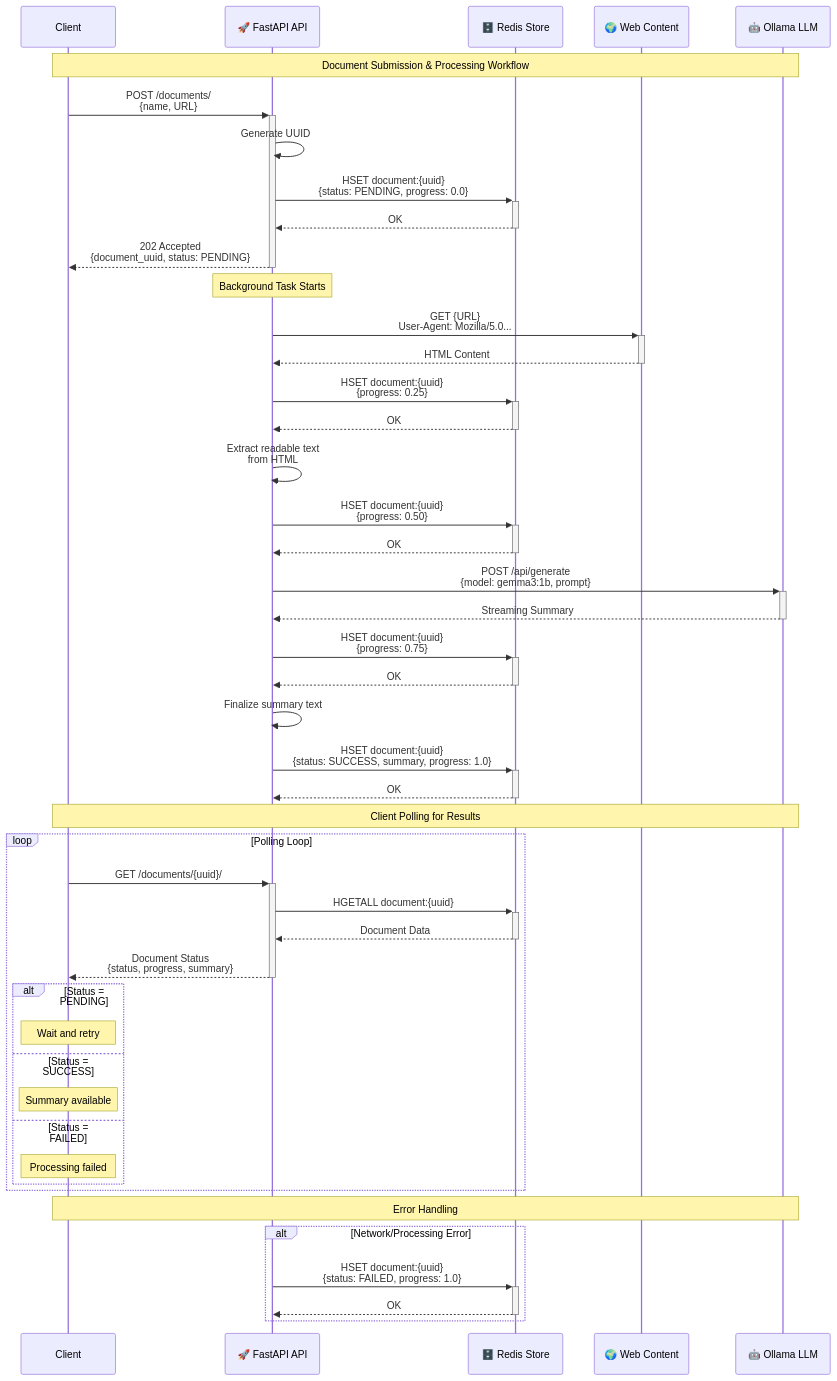
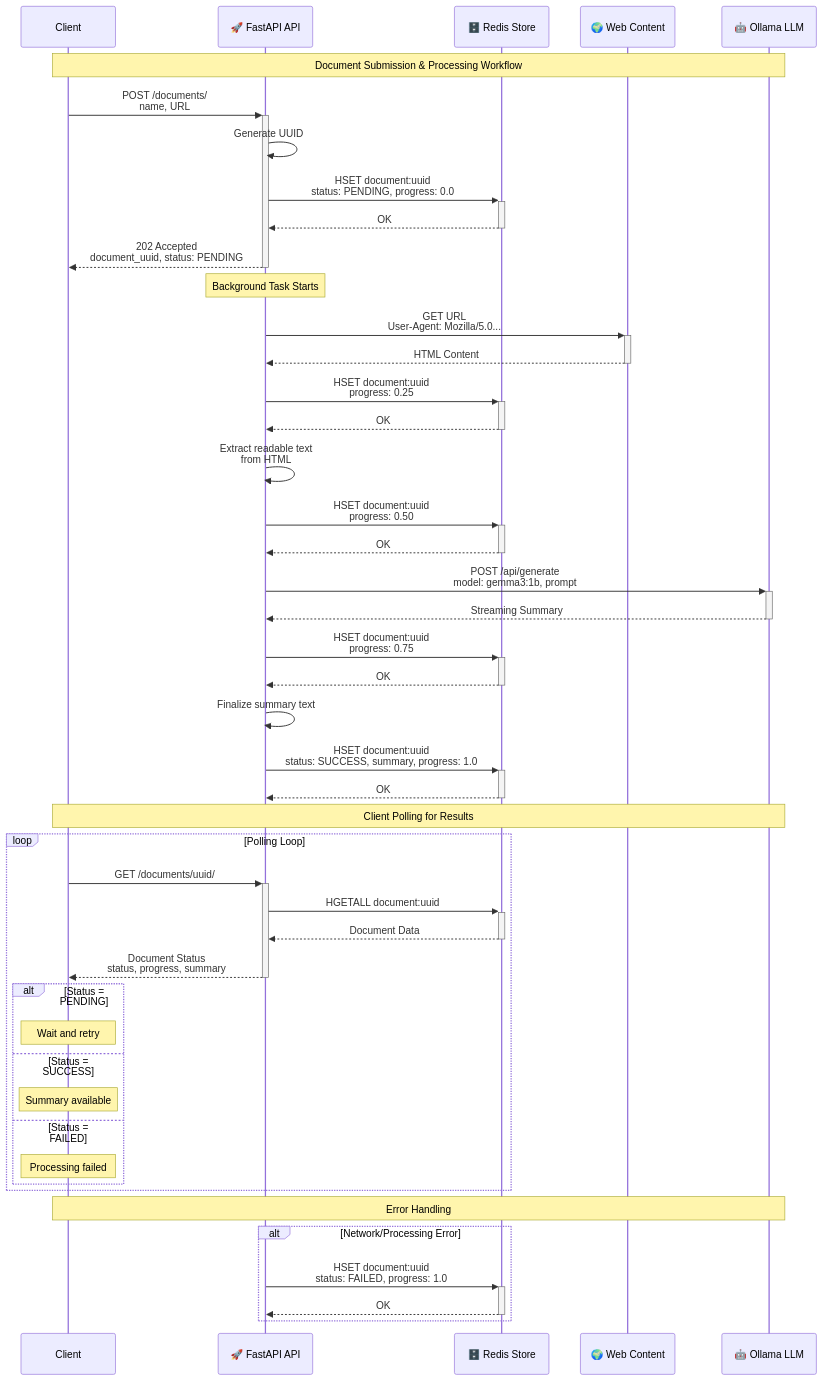
Before and after one commit to surakshaaithal-code/llm-summariser-service: the third of 3 diagrams in README.md, drawn with Mermaid. The commit also changed other lines of this file, not shown here.

Commit message:
Fix syntax issue in mermaid

````diff
--- a/README.md
+++ b/README.md
@@ -217,63 +217,63 @@
 ```mermaid
 sequenceDiagram
     participant Client
     participant FastAPI as 🚀 FastAPI API
     participant Redis as 🗄️ Redis Store
     participant WebContent as 🌍 Web Content
     participant Ollama as 🤖 Ollama LLM
     
     Note over Client,Ollama: Document Submission & Processing Workflow
     
     %% Initial submission
-    Client->>+FastAPI: POST /documents/<br/>{name, URL}
+    Client->>+FastAPI: POST /documents/<br/>name, URL
     FastAPI->>FastAPI: Generate UUID
-    FastAPI->>+Redis: HSET document:{uuid}<br/>{status: PENDING, progress: 0.0}
+    FastAPI->>+Redis: HSET document:uuid<br/>status: PENDING, progress: 0.0
     Redis-->>-FastAPI: OK
-    FastAPI-->>-Client: 202 Accepted<br/>{document_uuid, status: PENDING}
+    FastAPI-->>-Client: 202 Accepted<br/>document_uuid, status: PENDING
     
     Note over FastAPI: Background Task Starts
     
     %% Background processing
-    FastAPI->>+WebContent: GET {URL}<br/>User-Agent: Mozilla/5.0...
+    FastAPI->>+WebContent: GET URL<br/>User-Agent: Mozilla/5.0...
     WebContent-->>-FastAPI: HTML Content
-    FastAPI->>+Redis: HSET document:{uuid}<br/>{progress: 0.25}
+    FastAPI->>+Redis: HSET document:uuid<br/>progress: 0.25
     Redis-->>-FastAPI: OK
     
     FastAPI->>FastAPI: Extract readable text<br/>from HTML
-    FastAPI->>+Redis: HSET document:{uuid}<br/>{progress: 0.50}
+    FastAPI->>+Redis: HSET document:uuid<br/>progress: 0.50
     Redis-->>-FastAPI: OK
     
-    FastAPI->>+Ollama: POST /api/generate<br/>{model: gemma3:1b, prompt}
+    FastAPI->>+Ollama: POST /api/generate<br/>model: gemma3:1b, prompt
     Ollama-->>-FastAPI: Streaming Summary
-    FastAPI->>+Redis: HSET document:{uuid}<br/>{progress: 0.75}
+    FastAPI->>+Redis: HSET document:uuid<br/>progress: 0.75
     Redis-->>-FastAPI: OK
     
     FastAPI->>FastAPI: Finalize summary text
-    FastAPI->>+Redis: HSET document:{uuid}<br/>{status: SUCCESS, summary, progress: 1.0}
+    FastAPI->>+Redis: HSET document:uuid<br/>status: SUCCESS, summary, progress: 1.0
     Redis-->>-FastAPI: OK
     
     Note over Client,Ollama: Client Polling for Results
     
     %% Polling sequence
     loop Polling Loop
-        Client->>+FastAPI: GET /documents/{uuid}/
-        FastAPI->>+Redis: HGETALL document:{uuid}
+        Client->>+FastAPI: GET /documents/uuid/
+        FastAPI->>+Redis: HGETALL document:uuid
         Redis-->>-FastAPI: Document Data
-        FastAPI-->>-Client: Document Status<br/>{status, progress, summary}
+        FastAPI-->>-Client: Document Status<br/>status, progress, summary
         
         alt Status = PENDING
             Note over Client: Wait and retry
         else Status = SUCCESS
             Note over Client: Summary available
         else Status = FAILED
             Note over Client: Processing failed
         end
     end
     
     Note over Client,Ollama: Error Handling
     
     alt Network/Processing Error
-        FastAPI->>+Redis: HSET document:{uuid}<br/>{status: FAILED, progress: 1.0}
+        FastAPI->>+Redis: HSET document:uuid<br/>status: FAILED, progress: 1.0
         Redis-->>-FastAPI: OK
     end
 ```
````
